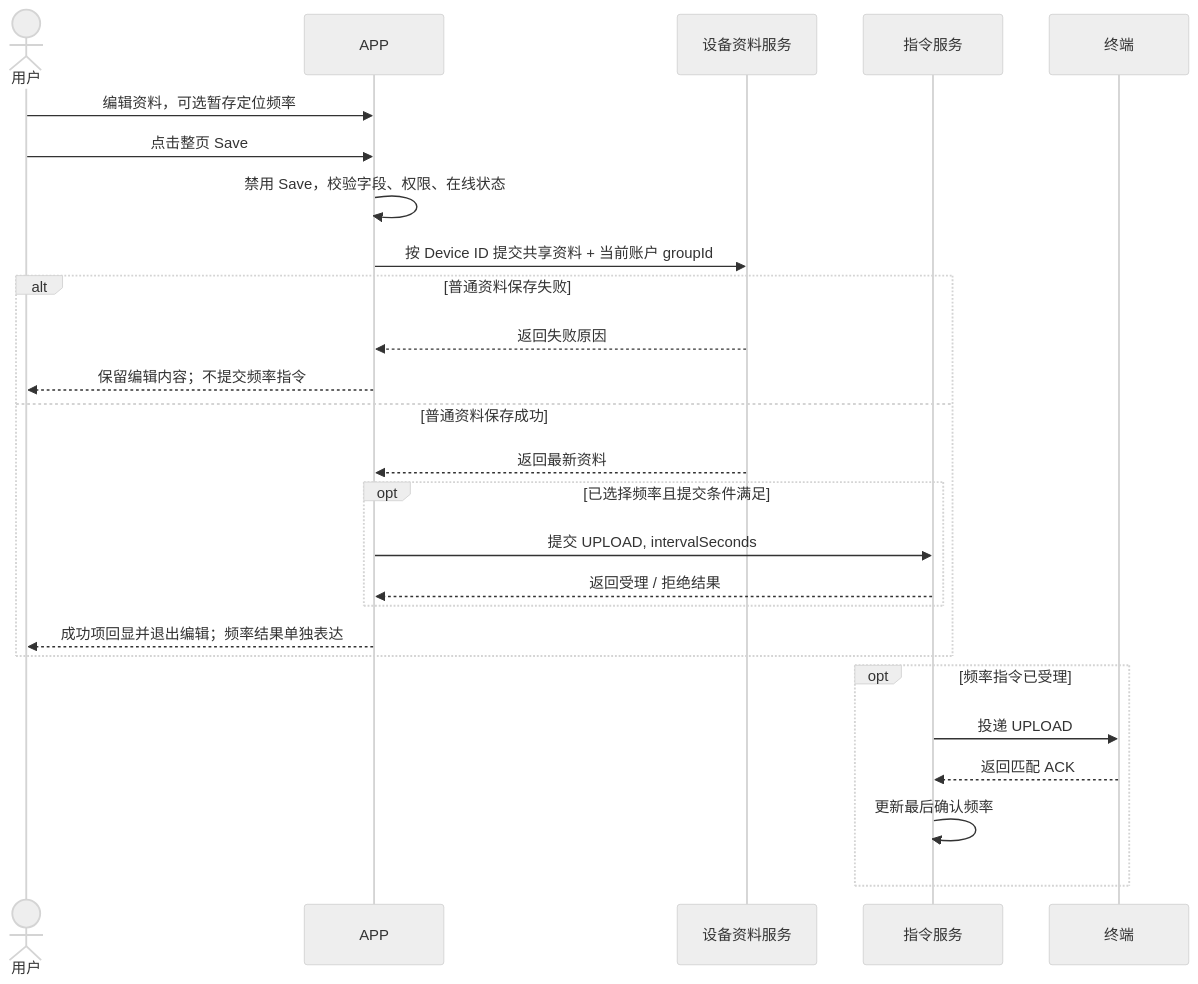
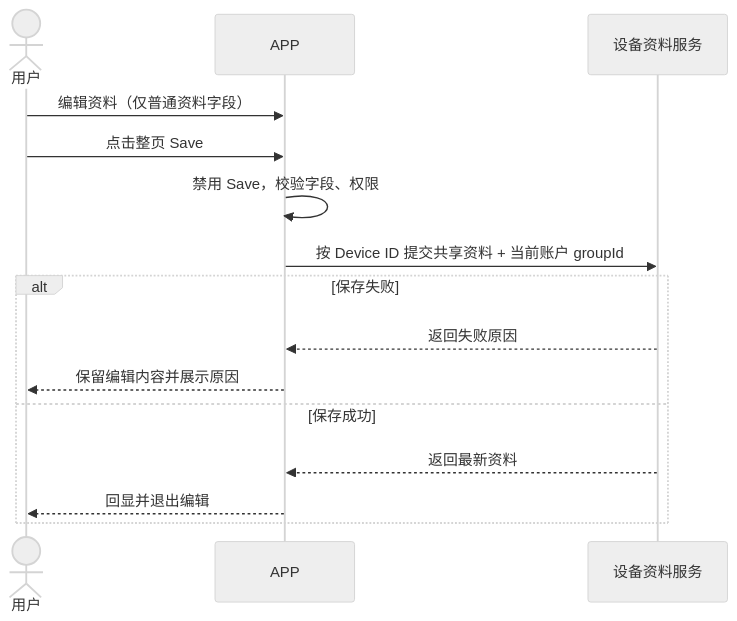
One commit to CuMgNa/skills changed diagram 13 of 16 in docs/manuals/革泰/逻辑大纲/革泰 APP 设备管理逻辑点梳理 plan.md. Above: the diagram before and after it, drawn with Mermaid (neutral theme). The commit also changed other lines of this file and 36 other files, not shown here.

````diff
--- a/docs/manuals/革泰/逻辑大纲/革泰 APP 设备管理逻辑点梳理 plan.md
+++ b/docs/manuals/革泰/逻辑大纲/革泰 APP 设备管理逻辑点梳理 plan.md
@@ -1089,29 +1081,18 @@
 ```mermaid
 sequenceDiagram
     actor User as 用户
     participant App as APP
     participant Profile as 设备资料服务
-    participant Command as 指令服务
-    participant Device as 终端
 
-    User->>App: 编辑资料，可选暂存定位频率
+    User->>App: 编辑资料（仅普通资料字段）
     User->>App: 点击整页 Save
-    App->>App: 禁用 Save，校验字段、权限、在线状态
+    App->>App: 禁用 Save，校验字段、权限
     App->>Profile: 按 Device ID 提交共享资料 + 当前账户 groupId
-    alt 普通资料保存失败
+    alt 保存失败
         Profile-->>App: 返回失败原因
-        App-->>User: 保留编辑内容；不提交频率指令
-    else 普通资料保存成功
+        App-->>User: 保留编辑内容并展示原因
+    else 保存成功
         Profile-->>App: 返回最新资料
-        opt 已选择频率且提交条件满足
-            App->>Command: 提交 UPLOAD, intervalSeconds
-            Command-->>App: 返回受理 / 拒绝结果
-        end
-        App-->>User: 成功项回显并退出编辑；频率结果单独表达
-    end
-    opt 频率指令已受理
-        Command->>Device: 投递 UPLOAD
-        Device-->>Command: 返回匹配 ACK
-        Command->>Command: 更新最后确认频率
+        App-->>User: 回显并退出编辑
     end
 ```
````
